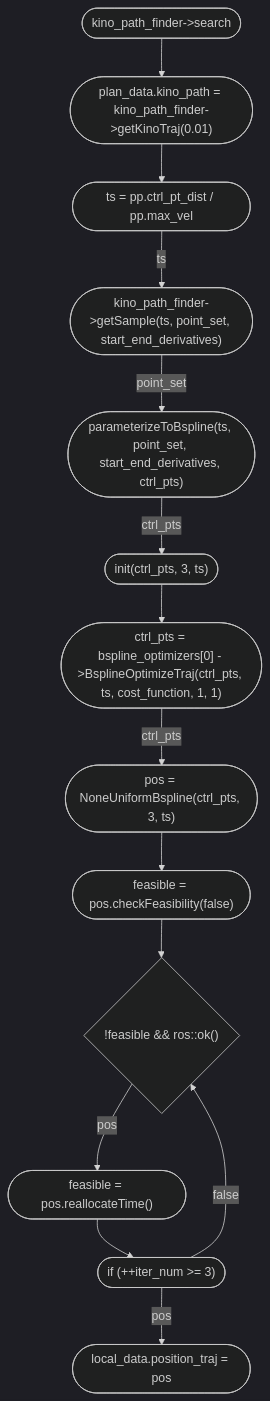
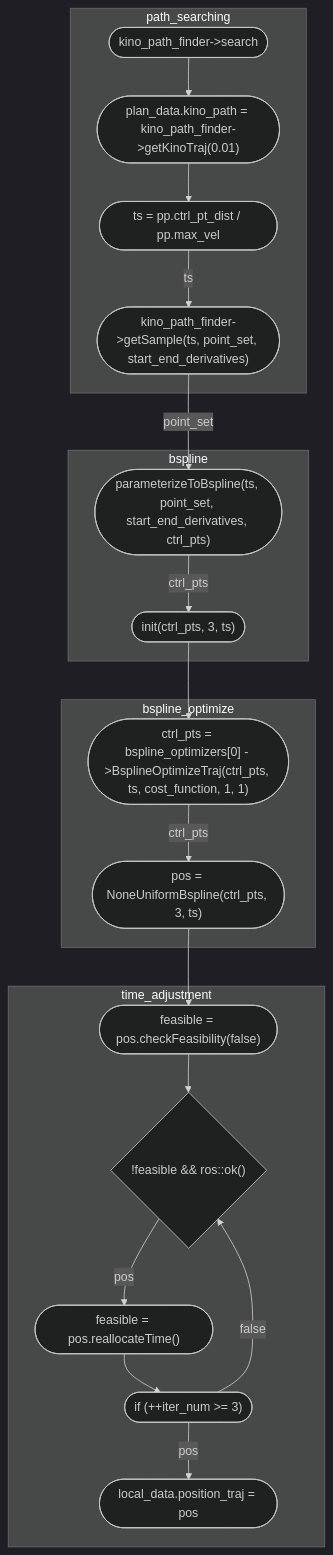
One commit to Dieptranivsr/drone_extend changed the seventh of 7 diagrams in sp_code/system.md. Above: the diagram before and after it, drawn with Mermaid (dark theme).

````diff
--- a/sp_code/system.md
+++ b/sp_code/system.md
@@ -100,16 +100,24 @@
 ```mermaid
 flowchart TD
+    subgraph path_searching
     id1(["kino_path_finder->search"]) --> id2(["plan_data.kino_path = kino_path_finder->getKinoTraj(0.01)"])
     id2 --> id3(["ts = pp.ctrl_pt_dist / pp.max_vel"])
     id3 --> |ts| id4(["kino_path_finder->getSample(ts, point_set, start_end_derivatives)"])
+    end
+    subgraph bspline
     id4 --> |point_set| id5(["parameterizeToBspline(ts, point_set, start_end_derivatives, ctrl_pts)"])
     id5 --> |ctrl_pts| id6(["init(ctrl_pts, 3, ts)"])
+    end 
+    subgraph bspline_optimize
     id6 --> id7(["ctrl_pts = bspline_optimizers[0] - >BsplineOptimizeTraj(ctrl_pts, ts, cost_function, 1, 1)"])
     id7 --> |ctrl_pts| id8(["pos = NoneUniformBspline(ctrl_pts, 3, ts)"])
+    end
+    subgraph time_adjustment
     id8 --> id9(["feasible = pos.checkFeasibility(false)"])
     id9 --> id10{"!feasible && ros::ok()"}
     id10 --> |pos| id11(["feasible = pos.reallocateTime()"])
     id11 --> id12(["if (++iter_num >= 3) "])
     id12 --> |false| id10
     id12 --> |pos| id13(["local_data.position_traj = pos"])
+    end
 ```
````
